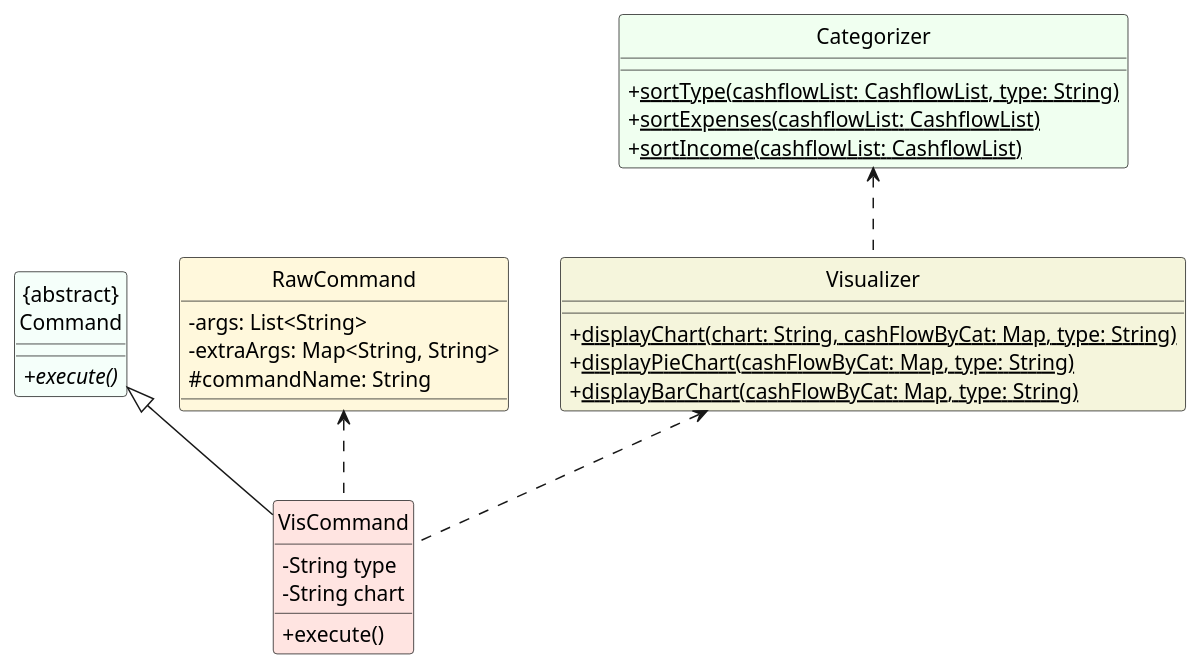
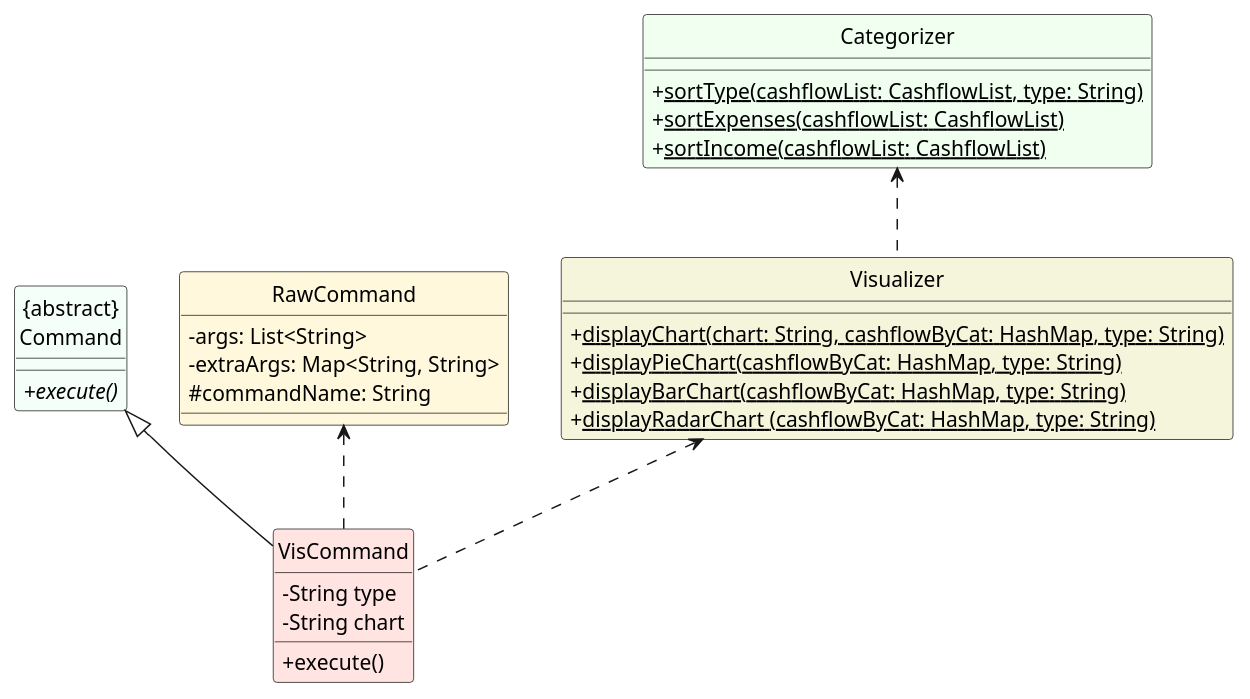
The diagram in docs/diagrams/vis/visualisationClass.puml (nus-cs2113-AY2324S1/tp), drawn with PlantUML before and after one commit. The commit also changed 5 other files, not shown here.

```diff
--- a/docs/diagrams/vis/visualisationClass.puml
+++ b/docs/diagrams/vis/visualisationClass.puml
@@ -1,43 +1,44 @@
 @startuml
 'https://plantuml.com/class-diagram
 
 skinparam classFontColor automatic
 
 
 class "{abstract}\nCommand"  #MintCream {
 +execute() {abstract}
 }
 
 class VisCommand #MistyRose {
 -String type
 -String chart
 +execute()
 }
 
 class RawCommand #Cornsilk {
 -args: List<String>
 -extraArgs: Map<String, String>
 #commandName: String
 }
 
 class Categorizer #HoneyDew {
 +<u>sortType(cashflowList: CashflowList, type: String)
 +<u>sortExpenses(cashflowList: CashflowList)
 +<u>sortIncome(cashflowList: CashflowList)
 }
 
 class Visualizer #Beige {
-+<u>displayChart(chart: String, cashFlowByCat: Map, type: String)
-+ <u>displayPieChart(cashFlowByCat: Map, type: String)
-+ <u>displayBarChart(cashFlowByCat: Map, type: String)
++<u>displayChart(chart: String, cashflowByCat: HashMap, type: String)
++ <u>displayPieChart(cashflowByCat: HashMap, type: String)
++ <u>displayBarChart(cashflowByCat: HashMap, type: String)
++ <u>displayRadarChart (cashflowByCat: HashMap, type: String)
 }
 
 "{abstract}\nCommand" <|-- VisCommand
 RawCommand <.. VisCommand
 Categorizer <.. Visualizer
 Visualizer <.. VisCommand
 
 hide Circle
 skinparam classAttributeIconSize 0
 
 @enduml
```
